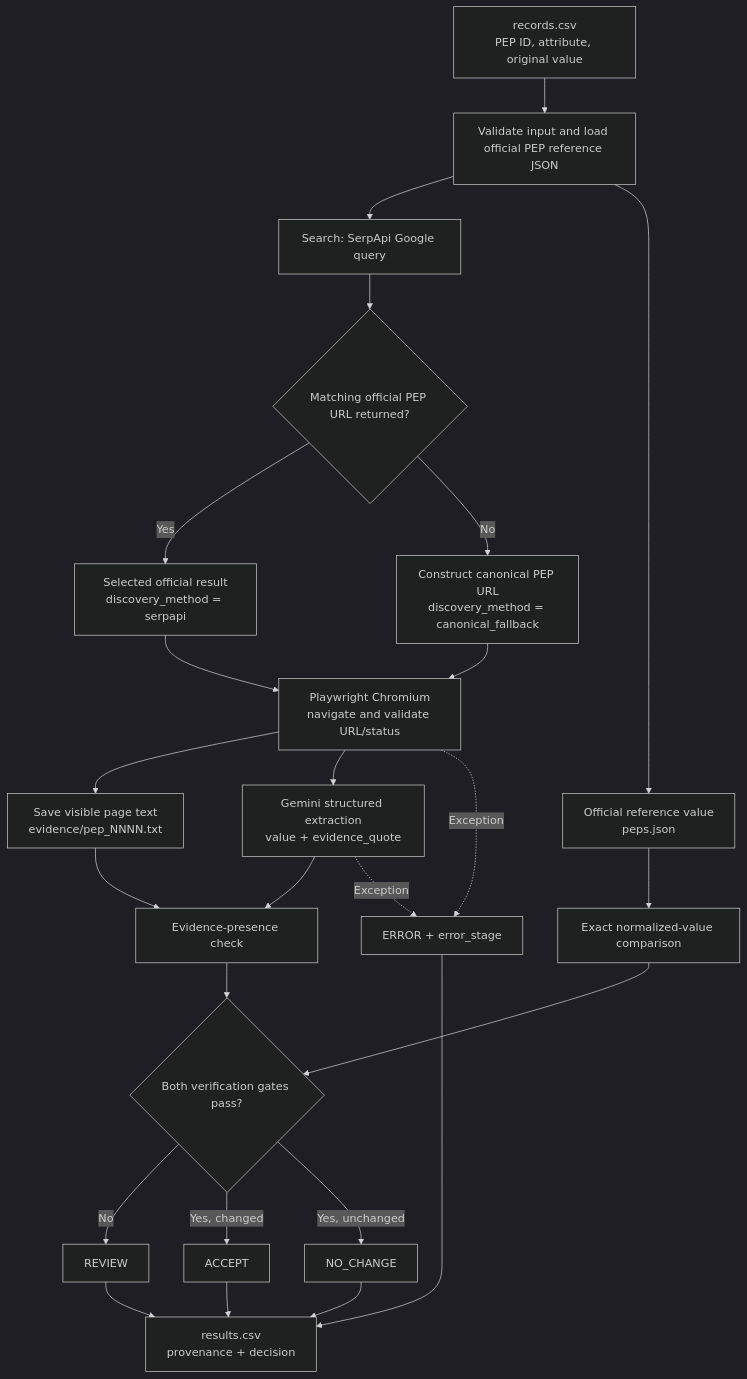
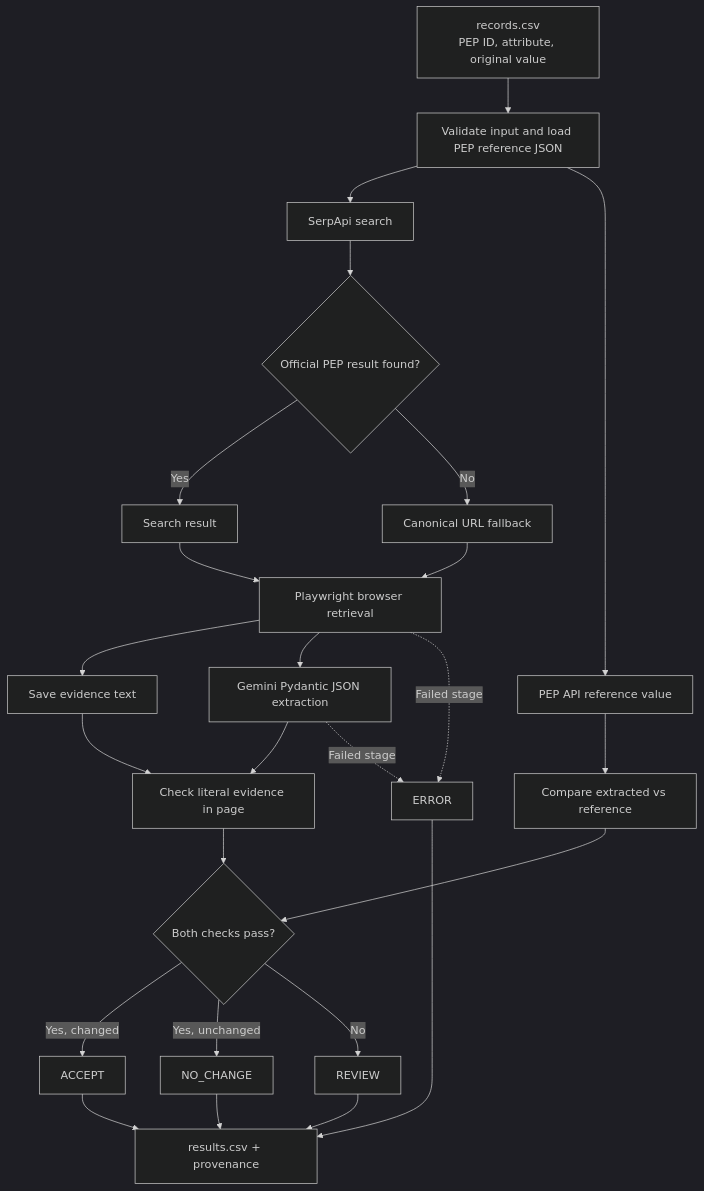
The diagram in README.md (jaideep1021/ai-data-retrieval-agent), drawn with Mermaid (dark theme) before and after one commit. The commit also changed other lines of this file and 18 other files, not shown here.

````diff
--- a/README.md
+++ b/README.md
@@ -20,27 +178,27 @@
 ```mermaid
 flowchart TD
-    A["records.csv<br/>PEP ID, attribute, original value"] --> B["Validate input and load official PEP reference JSON"]
-    B --> C["Search: SerpApi Google query"]
-    C --> D{"Matching official PEP URL returned?"}
-    D -->|Yes| E["Selected official result<br/>discovery_method = serpapi"]
-    D -->|No| F["Construct canonical PEP URL<br/>discovery_method = canonical_fallback"]
-    E --> G["Playwright Chromium<br/>navigate and validate URL/status"]
+    A["records.csv<br/>PEP ID, attribute, original value"] --> B["Validate input and load PEP reference JSON"]
+    B --> C["SerpApi search"]
+    C --> D{"Official PEP result found?"}
+    D -->|Yes| E["Search result"]
+    D -->|No| F["Canonical URL fallback"]
+    E --> G["Playwright browser retrieval"]
     F --> G
-    G --> H["Save visible page text<br/>evidence/pep_NNNN.txt"]
-    G --> I["Gemini structured extraction<br/>value + evidence_quote"]
-    H --> J["Evidence-presence check"]
+    G --> H["Save evidence text"]
+    G --> I["Gemini Pydantic JSON extraction"]
+    H --> J["Check literal evidence in page"]
     I --> J
-    B --> K["Official reference value<br/>peps.json"]
-    K --> L["Exact normalized-value comparison"]
-    J --> M{"Both verification gates pass?"}
+    B --> K["PEP API reference value"]
+    K --> L["Compare extracted vs reference"]
+    J --> M{"Both checks pass?"}
     L --> M
-    M -->|No| N["REVIEW"]
-    M -->|Yes, changed| O["ACCEPT"]
-    M -->|Yes, unchanged| P["NO_CHANGE"]
-    G -.->|Exception| Q["ERROR + error_stage"]
-    I -.->|Exception| Q
-    N --> R["results.csv<br/>provenance + decision"]
+    M -->|Yes, changed| N["ACCEPT"]
+    M -->|Yes, unchanged| O["NO_CHANGE"]
+    M -->|No| P["REVIEW"]
+    G -.->|Failed stage| Q["ERROR"]
+    I -.->|Failed stage| Q
+    N --> R["results.csv + provenance"]
     O --> R
     P --> R
     Q --> R
 ```
````
